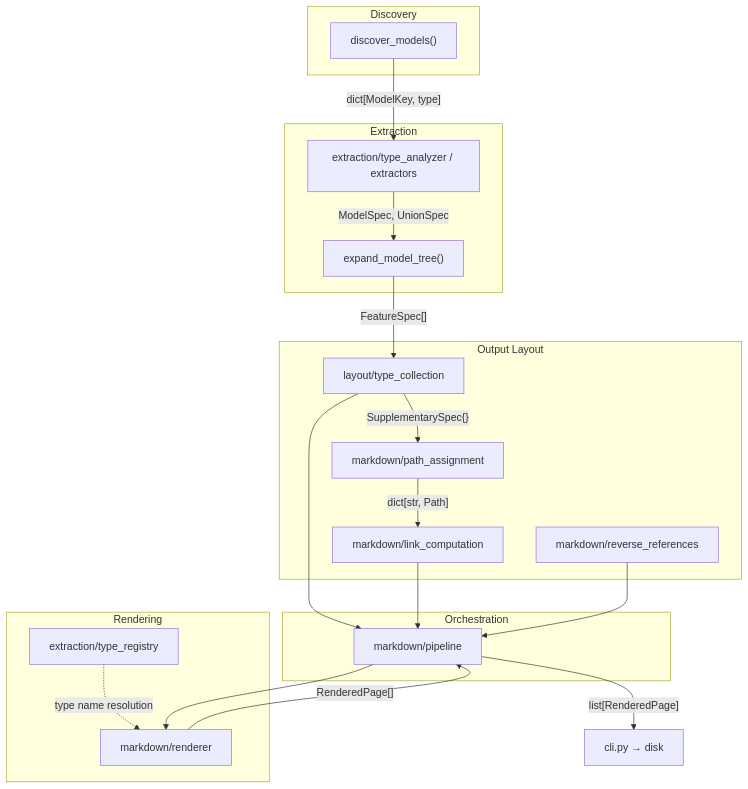
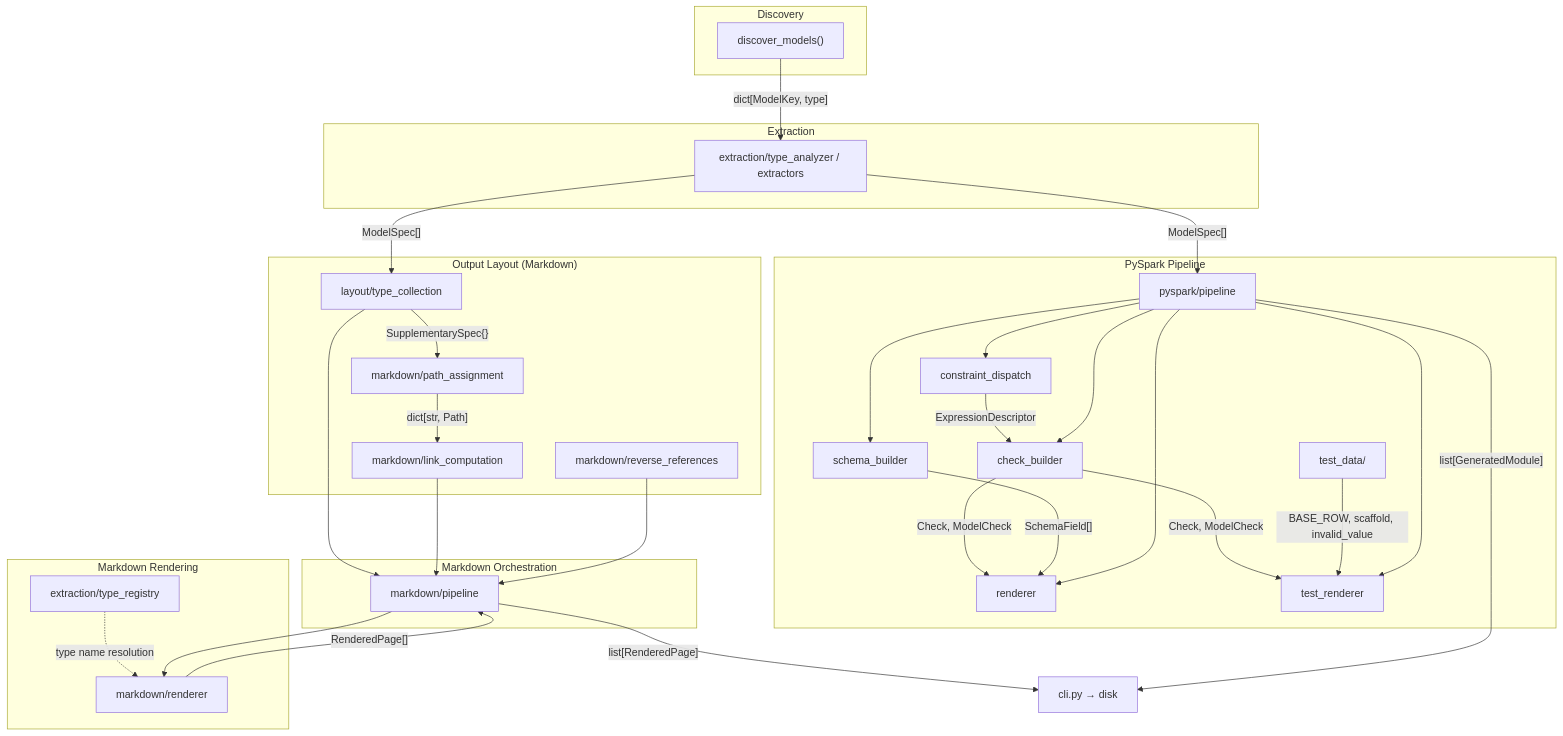
One commit to OvertureMaps/schema changed the diagram in packages/overture-schema-codegen/docs/design.md. Above: the diagram before and after it, drawn with Mermaid. The commit also changed other lines of this file and 127 other files, not shown here.

````diff
--- a/packages/overture-schema-codegen/docs/design.md
+++ b/packages/overture-schema-codegen/docs/design.md
@@ -68,38 +76,57 @@
 ```mermaid
 graph TD
     subgraph Discovery
         DM["discover_models()"]
     end
 
     DM -->|"dict[ModelKey, type]"| EX
 
     subgraph Extraction
         EX["extraction/type_analyzer / extractors"]
-        EX -->|"ModelSpec, UnionSpec"| TREE["expand_model_tree()"]
     end
 
-    TREE -->|"FeatureSpec[]"| OL
+    EX -->|"ModelSpec[]"| OL
+    EX -->|"ModelSpec[]"| PS
 
-    subgraph "Output Layout"
+    subgraph "Output Layout (Markdown)"
         OL["layout/type_collection"]
         OL -->|"SupplementarySpec{}"| PA["markdown/path_assignment"]
         PA -->|"dict[str, Path]"| LC["markdown/link_computation"]
         RR["markdown/reverse_references"]
     end
 
-    subgraph Rendering
+    subgraph "Markdown Rendering"
         R["markdown/renderer"]
         TR["extraction/type_registry"] -.->|"type name resolution"| R
     end
 
-    subgraph Orchestration
+    subgraph "Markdown Orchestration"
         MP["markdown/pipeline"]
     end
 
     OL --> MP
     LC --> MP
     RR --> MP
     MP --> R
     R -->|"RenderedPage[]"| MP
+
+    subgraph "PySpark Pipeline"
+        PS["pyspark/pipeline"]
+        CD["constraint_dispatch"] -->|"ExpressionDescriptor"| CB
+        CB["check_builder"] -->|"Check, ModelCheck"| PR
+        SB["schema_builder"] -->|"SchemaField[]"| PR
+        CB -->|"Check, ModelCheck"| PTR
+        SY["test_data/"] -->|"BASE_ROW, scaffold, invalid_value"| PTR
+        PR["renderer"]
+        PTR["test_renderer"]
+    end
+
+    PS --> CD
+    PS --> CB
+    PS --> SB
+    PS --> PR
+    PS --> PTR
+
     MP -->|"list[RenderedPage]"| CLI["cli.py → disk"]
+    PS -->|"list[GeneratedModule]"| CLI
 ```
````
